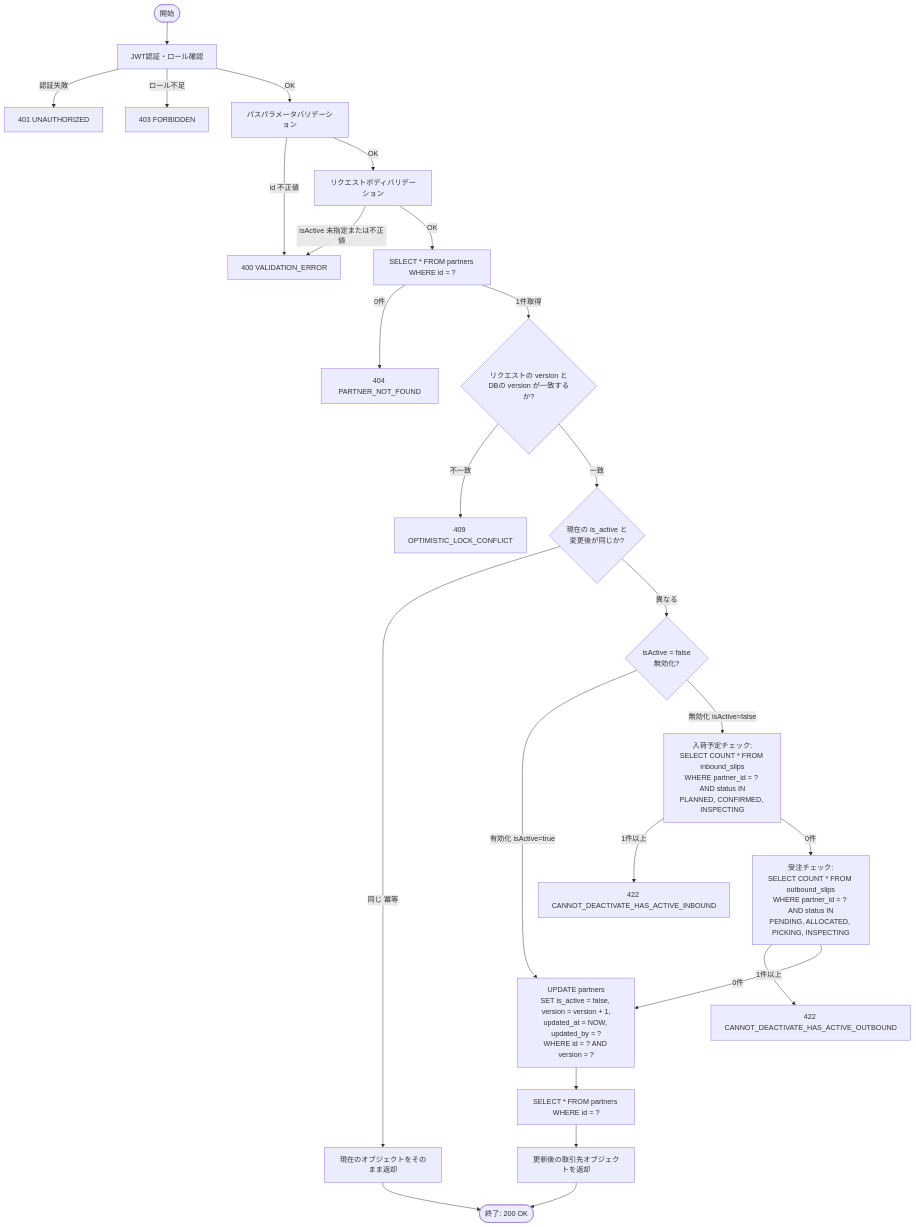
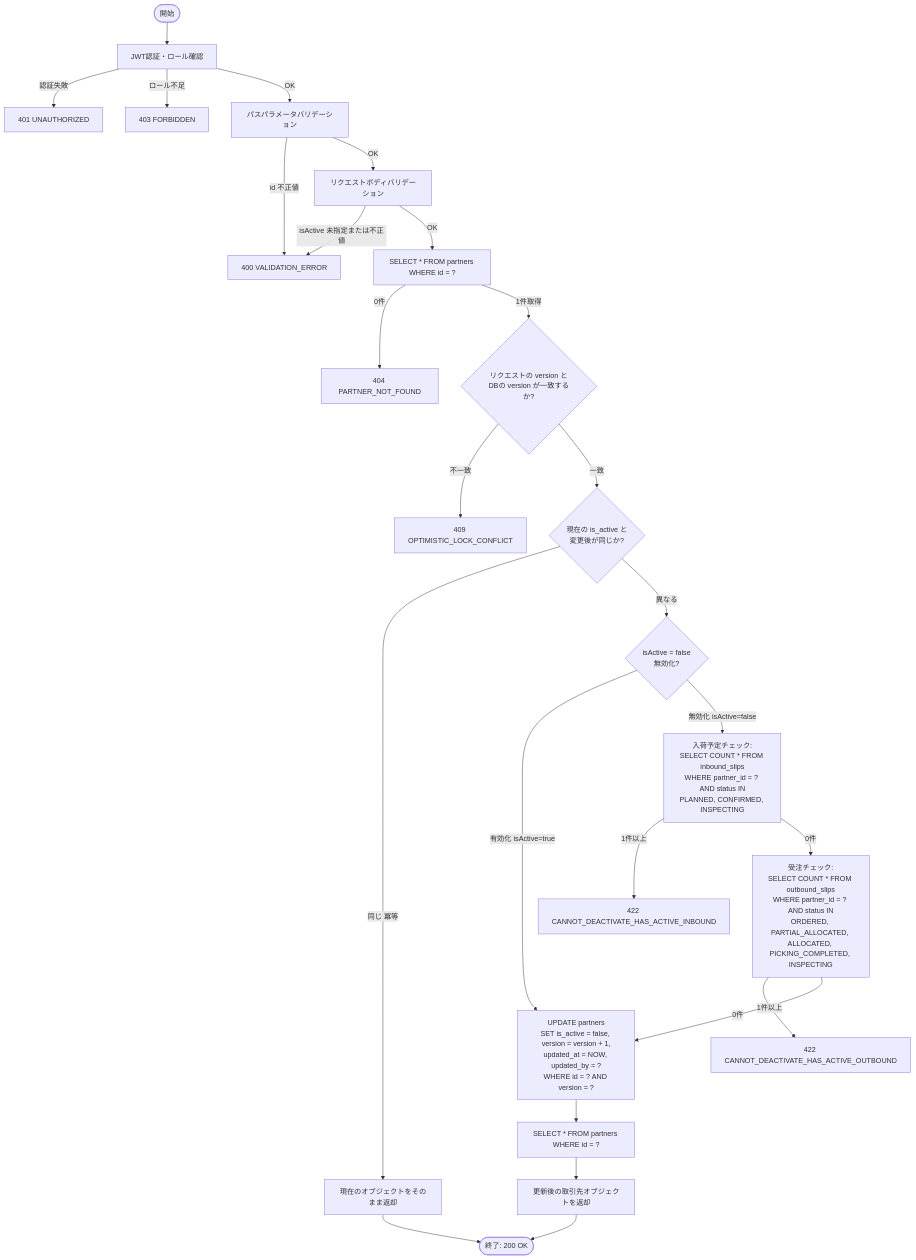
The fifth of 6 diagrams in docs/functional-design/API-03-master-partner.md (hidefumiagata/wms), drawn with Mermaid before and after one commit. The commit also changed other lines of this file, not shown here.

First line of the commit message:
docs(master): #408 Round1対応 API-03を実装ステータス名に修正 / Address Round1: align API-03 with implementation status names

````diff
--- a/docs/functional-design/API-03-master-partner.md
+++ b/docs/functional-design/API-03-master-partner.md
@@ -699,27 +699,27 @@
 ```mermaid
 flowchart TD
     START([開始]) --> AUTH[JWT認証・ロール確認]
     AUTH -->|認証失敗| ERR_AUTH[401 UNAUTHORIZED]
     AUTH -->|ロール不足| ERR_FORBIDDEN[403 FORBIDDEN]
     AUTH -->|OK| VALIDATE_PATH[パスパラメータバリデーション]
     VALIDATE_PATH -->|id 不正値| ERR_VAL[400 VALIDATION_ERROR]
     VALIDATE_PATH -->|OK| VALIDATE_BODY[リクエストボディバリデーション]
     VALIDATE_BODY -->|isActive 未指定または不正値| ERR_VAL
     VALIDATE_BODY -->|OK| CHECK_EXISTS["SELECT * FROM partners WHERE id = ?"]
     CHECK_EXISTS -->|0件| ERR_NOT_FOUND[404 PARTNER_NOT_FOUND]
     CHECK_EXISTS -->|1件取得| CHECK_VERSION{リクエストの version と\nDBの version が一致するか?}
     CHECK_VERSION -->|不一致| ERR_CONFLICT[409 OPTIMISTIC_LOCK_CONFLICT]
     CHECK_VERSION -->|一致| CHECK_SAME{現在の is_active と\n変更後が同じか?}
     CHECK_SAME -->|同じ 冪等| RETURN_CURRENT[現在のオブジェクトをそのまま返却]
     RETURN_CURRENT --> END([終了: 200 OK])
     CHECK_SAME -->|異なる| CHECK_DEACTIVATE{isActive = false<br/>無効化?}
     CHECK_DEACTIVATE -->|有効化 isActive=true| UPDATE["UPDATE partners<br/>SET is_active = true, version = version + 1,<br/>updated_at = NOW, updated_by = ?<br/>WHERE id = ? AND version = ?"]
     CHECK_DEACTIVATE -->|無効化 isActive=false| CHECK_INBOUND["入荷予定チェック:<br/>SELECT COUNT * FROM inbound_slips<br/>WHERE partner_id = ? AND status IN<br/>PLANNED, CONFIRMED, INSPECTING"]
     CHECK_INBOUND -->|1件以上| ERR_INBOUND[422 CANNOT_DEACTIVATE_HAS_ACTIVE_INBOUND]
-    CHECK_INBOUND -->|0件| CHECK_OUTBOUND["受注チェック:<br/>SELECT COUNT * FROM outbound_slips<br/>WHERE partner_id = ? AND status IN<br/>PENDING, ALLOCATED, PICKING, INSPECTING"]
+    CHECK_INBOUND -->|0件| CHECK_OUTBOUND["受注チェック:<br/>SELECT COUNT * FROM outbound_slips<br/>WHERE partner_id = ? AND status IN<br/>ORDERED, PARTIAL_ALLOCATED, ALLOCATED, PICKING_COMPLETED, INSPECTING"]
     CHECK_OUTBOUND -->|1件以上| ERR_OUTBOUND[422 CANNOT_DEACTIVATE_HAS_ACTIVE_OUTBOUND]
     CHECK_OUTBOUND -->|0件| UPDATE["UPDATE partners<br/>SET is_active = false, version = version + 1,<br/>updated_at = NOW, updated_by = ?<br/>WHERE id = ? AND version = ?"]
     UPDATE --> SELECT_AFTER["SELECT * FROM partners WHERE id = ?"]
     SELECT_AFTER --> RETURN[更新後の取引先オブジェクトを返却]
     RETURN --> END
 ```
````
